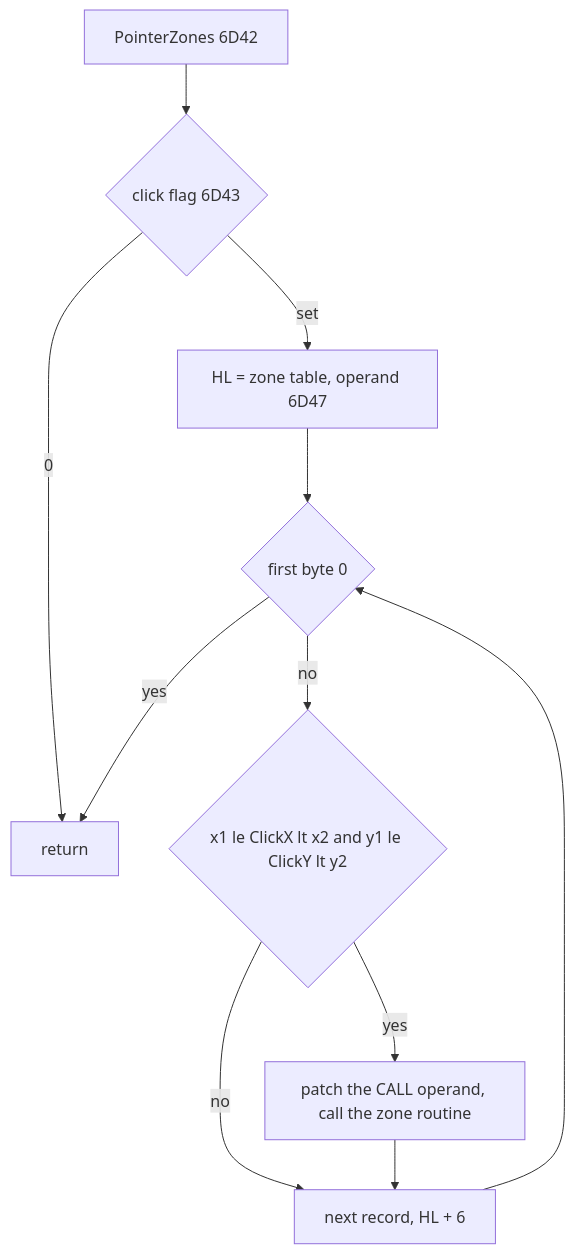
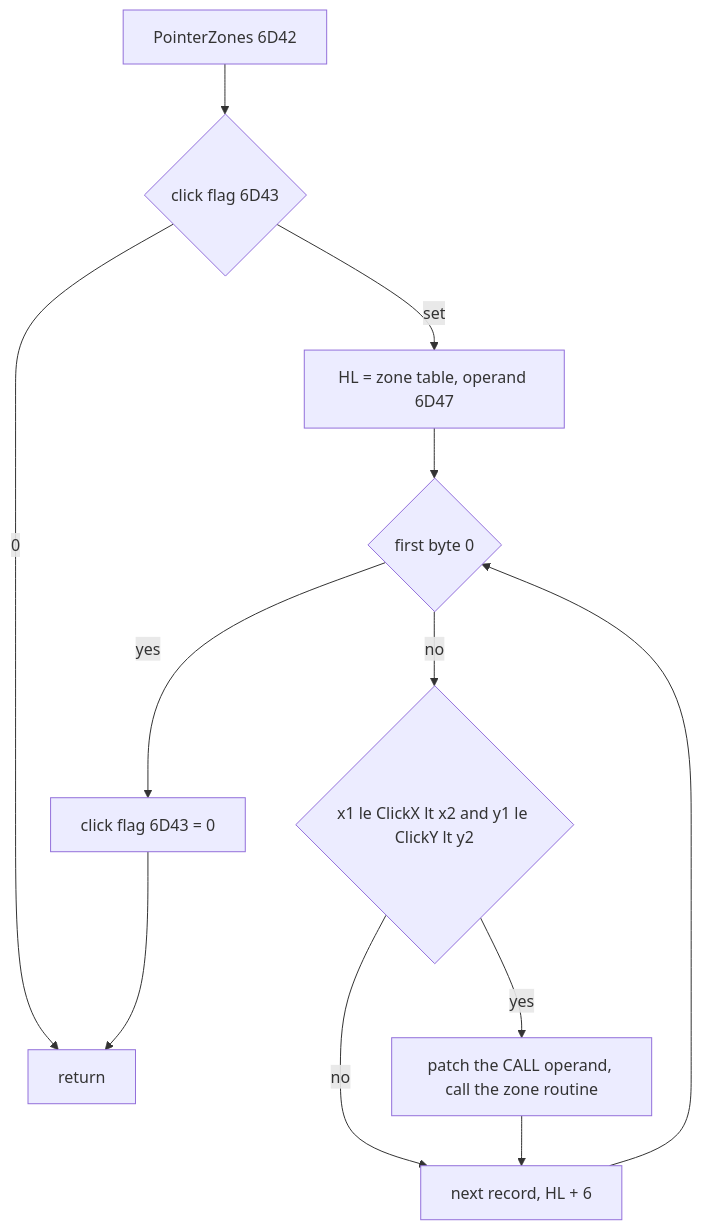
The eighth of 11 diagrams in games/battle-command/docs/05-controls.md (alfishe/unrealng-reverse-cases), drawn with Mermaid before and after one commit. The commit also changed other lines of this file and 75 other files, not shown here.

````diff
--- a/games/battle-command/docs/05-controls.md
+++ b/games/battle-command/docs/05-controls.md
@@ -756,13 +787,14 @@
 ```mermaid
 flowchart TD
   A["PointerZones 6D42"] --> B{"click flag 6D43"}
   B -->|0| R["return"]
   B -->|set| C["HL = zone table, operand 6D47"]
   C --> D{"first byte 0"}
-  D -->|yes| R
+  D -->|yes| CL["click flag 6D43 = 0"]
+  CL --> R
   D -->|no| E{"x1 le ClickX lt x2 and y1 le ClickY lt y2"}
   E -->|no| N["next record, HL + 6"]
   E -->|yes| F["patch the CALL operand, call the zone routine"]
   F --> N
   N --> D
 ```
````
